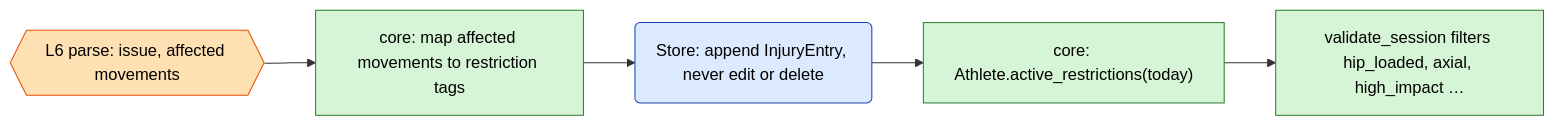
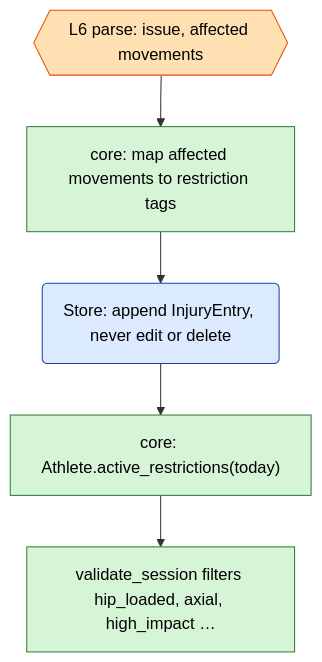
Before and after one commit to erevtsov/full-stack-athlete: diagram 16 of 24 in docs/interaction-flows.md, drawn with Mermaid. The commit also changed other lines of this file, not shown here.

Commit message:
docs: split oversized flow diagrams so they render legibly

````diff
--- a/docs/interaction-flows.md
+++ b/docs/interaction-flows.md
@@ -447,11 +497,11 @@
 ```mermaid
-flowchart LR
+flowchart TD
     classDef core fill:#d6f5d6,stroke:#2e7d32,color:#000
     classDef port fill:#dbeafe,stroke:#1e40af,color:#000
     classDef llm fill:#ffe0b2,stroke:#e65100,color:#000
 
     A{{"L6 parse: issue, affected movements"}}:::llm --> B["core: map affected movements to restriction tags"]:::core
     B --> C("Store: append InjuryEntry, never edit or delete"):::port
     C --> D["core: Athlete.active_restrictions(today)"]:::core
     D --> E["validate_session filters hip_loaded, axial, high_impact …"]:::core
 ```
````
